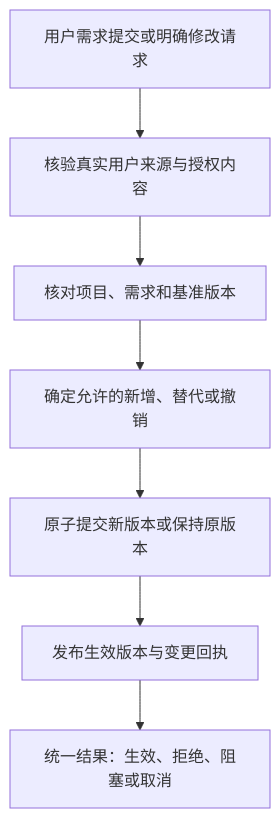
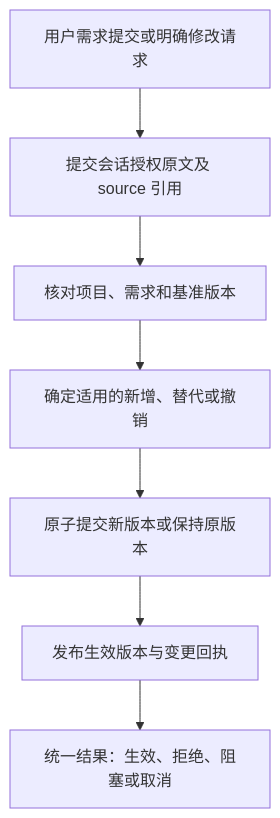
The first of 3 diagrams in docs/design/user-requirement-truth-lock.md (Jasonzhangf/appsdk), drawn with Mermaid before and after one commit. The commit also changed other lines of this file and 91 other files, not shown here.

````diff
--- a/docs/design/user-requirement-truth-lock.md
+++ b/docs/design/user-requirement-truth-lock.md
@@ -74,9 +81,9 @@
 ```mermaid
 flowchart TD
-  A[用户需求提交或明确修改请求] --> B[核验真实用户来源与授权内容]
+  A[用户需求提交或明确修改请求] --> B[提交会话授权原文及 source 引用]
   B --> C[核对项目、需求和基准版本]
-  C --> D[确定允许的新增、替代或撤销]
+  C --> D[确定适用的新增、替代或撤销]
   D --> E[原子提交新版本或保持原版本]
   E --> F[发布生效版本与变更回执]
   F --> Z[统一结果：生效、拒绝、阻塞或取消]
 ```
````
